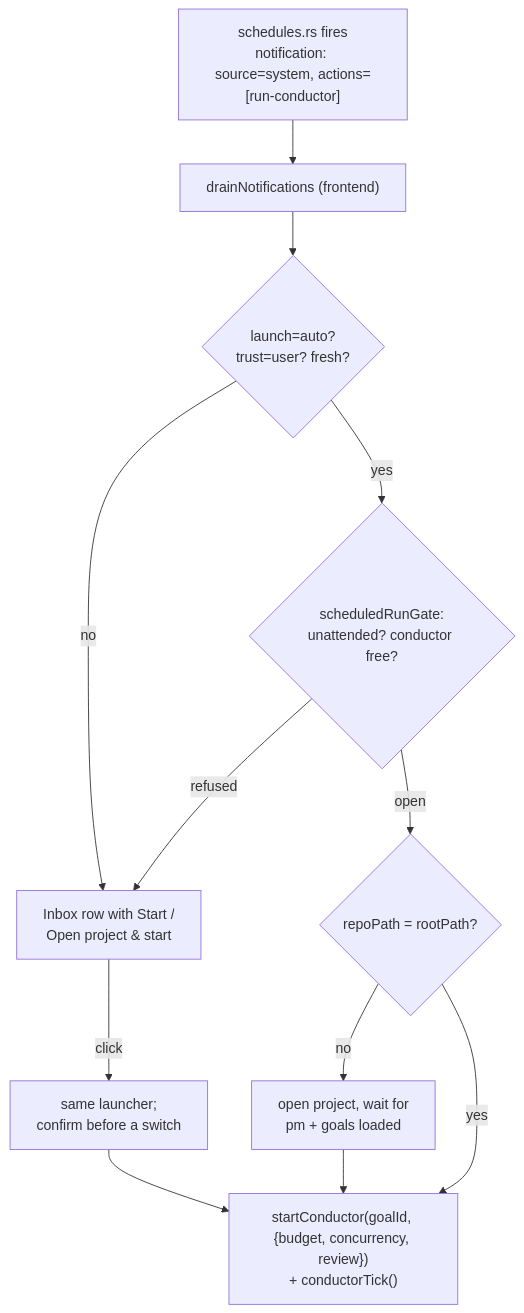
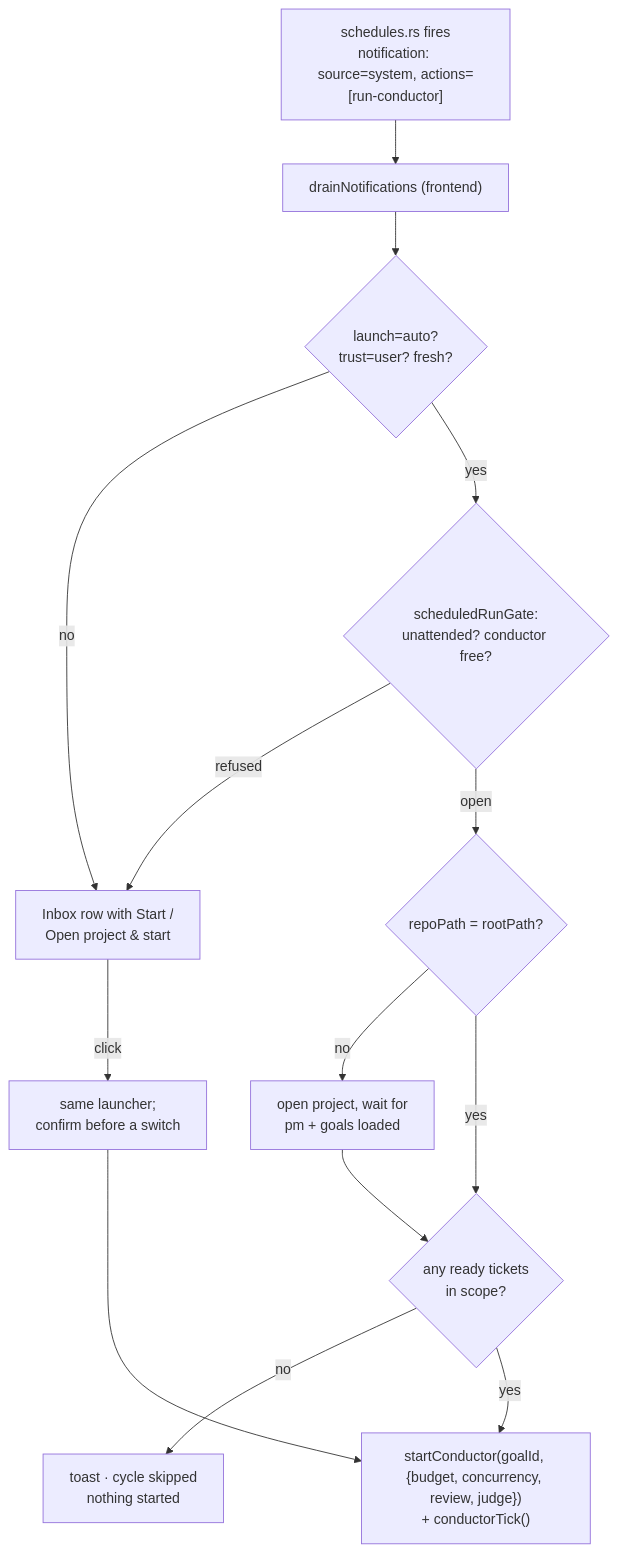
The diagram in docs/design-scheduled-conductor-runs.md (j-amelunxen/AuricIDE), drawn with Mermaid before and after one commit. The commit also changed other lines of this file and 18 other files, not shown here.

First line of the commit message:
feat(conductor): let Judge review run on its own harness and skip empty scheduled cycles

````diff
--- a/docs/design-scheduled-conductor-runs.md
+++ b/docs/design-scheduled-conductor-runs.md
@@ -163,14 +198,16 @@
 ```mermaid
 flowchart TD
   Fire["schedules.rs fires<br/>notification: source=system, actions=[run-conductor]"] --> Drain["drainNotifications (frontend)"]
   Drain --> Auto{"launch=auto?<br/>trust=user? fresh?"}
   Auto -- no --> Button["Inbox row with Start /<br/>Open project & start"]
   Auto -- yes --> Gate{"scheduledRunGate:<br/>unattended? conductor free?"}
   Gate -- refused --> Button
   Gate -- open --> Switch{"repoPath = rootPath?"}
   Switch -- no --> Open["open project, wait for<br/>pm + goals loaded"]
-  Switch -- yes --> Start
-  Open --> Start["startConductor(goalId, {budget, concurrency, review})<br/>+ conductorTick()"]
+  Switch -- yes --> Ready
+  Open --> Ready{"any ready tickets<br/>in scope?"}
+  Ready -- no --> Skip["toast · cycle skipped<br/>nothing started"]
+  Ready -- yes --> Start["startConductor(goalId, {budget, concurrency, review, judge})<br/>+ conductorTick()"]
   Button -- click --> Manual["same launcher;<br/>confirm before a switch"]
   Manual --> Start
 ```
````
